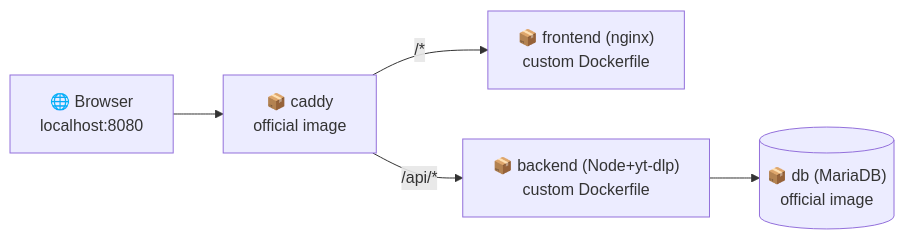
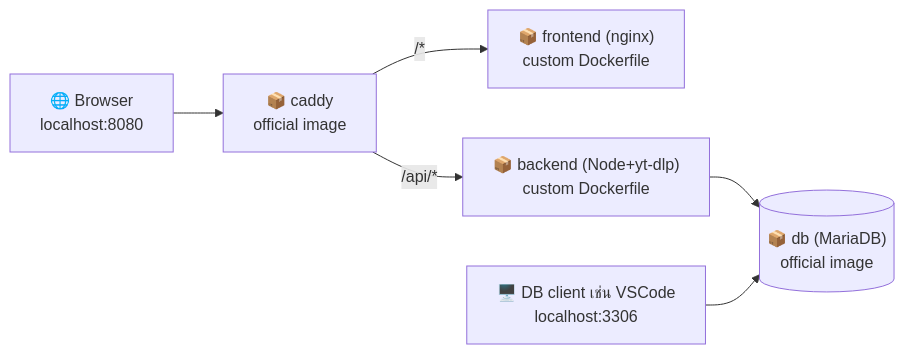
The diagram in README.md (sancho28/qr-video-toolkit), drawn with Mermaid before and after one commit. The commit also changed other lines of this file and 3 other files, not shown here.

Commit message:
ทำการแก้ไข Diagram

````diff
--- a/README.md
+++ b/README.md
@@ -14,7 +14,8 @@
 ```mermaid
 flowchart LR
     Browser["🌐 Browser<br/>localhost:8080"] --> Caddy["📦 caddy<br/>official image"]
     Caddy -- "/*" --> Frontend["📦 frontend (nginx)<br/>custom Dockerfile"]
     Caddy -- "/api/*" --> Backend["📦 backend (Node+yt-dlp)<br/>custom Dockerfile"]
     Backend --> Db[("📦 db (MariaDB)<br/>official image")]
+    DBClient["🖥️ DB client เช่น VSCode<br/>localhost:3306"] --> Db
 ```
````
